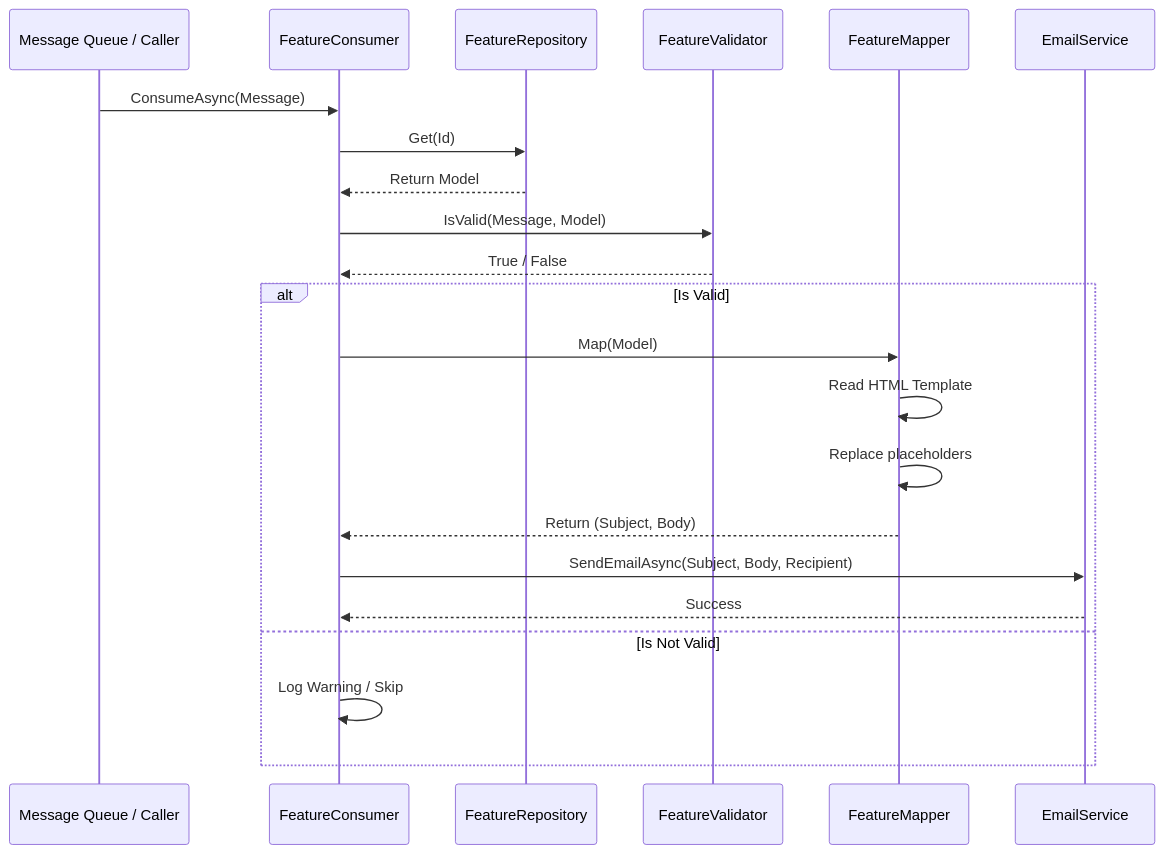
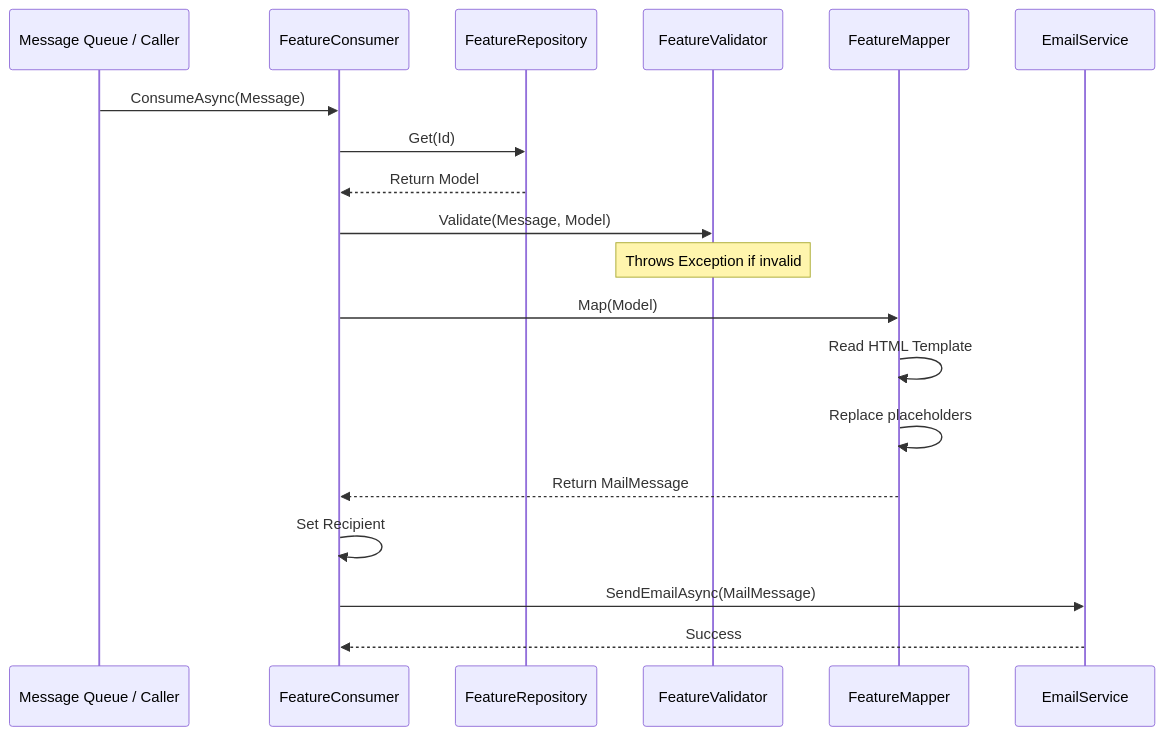
One commit to tanvirather/Messaging changed the first of 2 diagrams in Wiki/Architecture.md. Above: the diagram before and after it, drawn with Mermaid. The commit also changed other lines of this file and 37 other files, not shown here.

````diff
--- a/Wiki/Architecture.md
+++ b/Wiki/Architecture.md
@@ -23,26 +23,23 @@
 ```mermaid
 sequenceDiagram
     participant Q as Message Queue / Caller
     participant C as FeatureConsumer
     participant R as FeatureRepository
     participant V as FeatureValidator
     participant M as FeatureMapper
     participant E as EmailService
 
     Q->>C: ConsumeAsync(Message)
     C->>R: Get(Id)
     R-->>C: Return Model
-    C->>V: IsValid(Message, Model)
-    V-->>C: True / False
-    
-    alt Is Valid
-        C->>M: Map(Model)
-        M->>M: Read HTML Template
-        M->>M: Replace placeholders
-        M-->>C: Return (Subject, Body)
-        C->>E: SendEmailAsync(Subject, Body, Recipient)
-        E-->>C: Success
-    else Is Not Valid
-        C->>C: Log Warning / Skip
-    end
+    C->>V: Validate(Message, Model)
+    Note over V: Throws Exception if invalid
+
+    C->>M: Map(Model)
+    M->>M: Read HTML Template
+    M->>M: Replace placeholders
+    M-->>C: Return MailMessage
+    C->>C: Set Recipient
+    C->>E: SendEmailAsync(MailMessage)
+    E-->>C: Success
 ```
````
